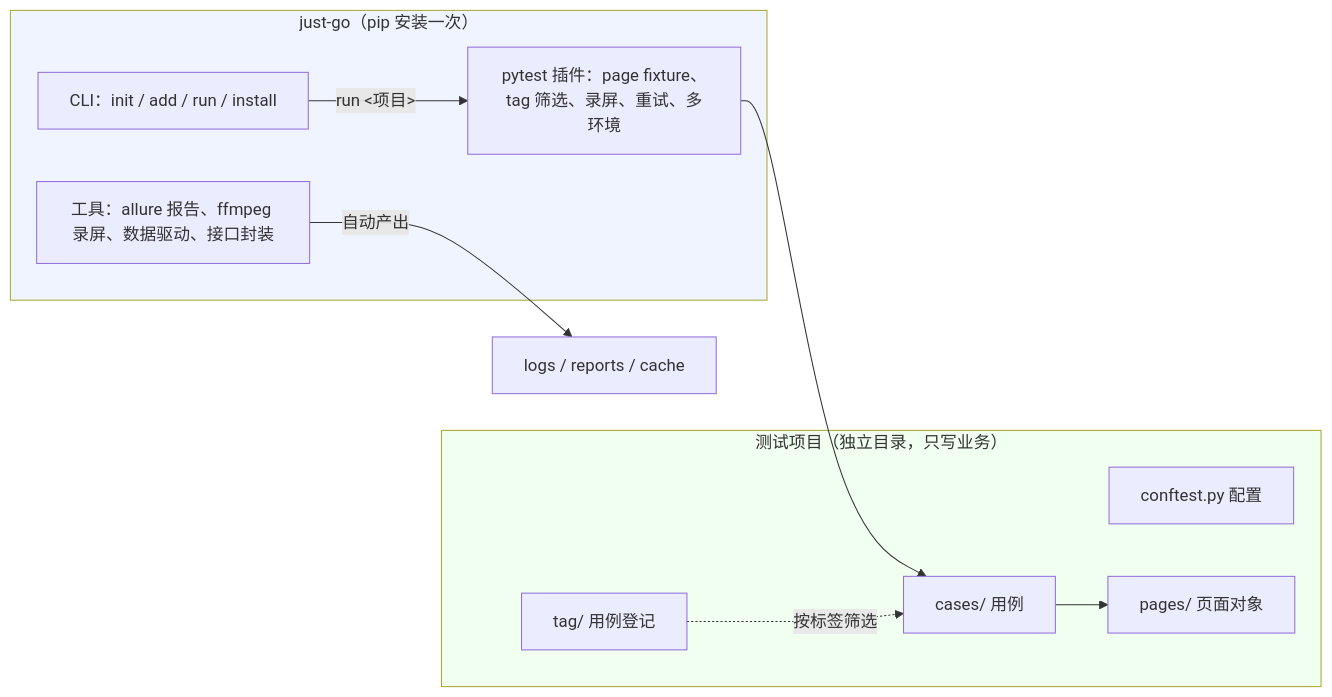
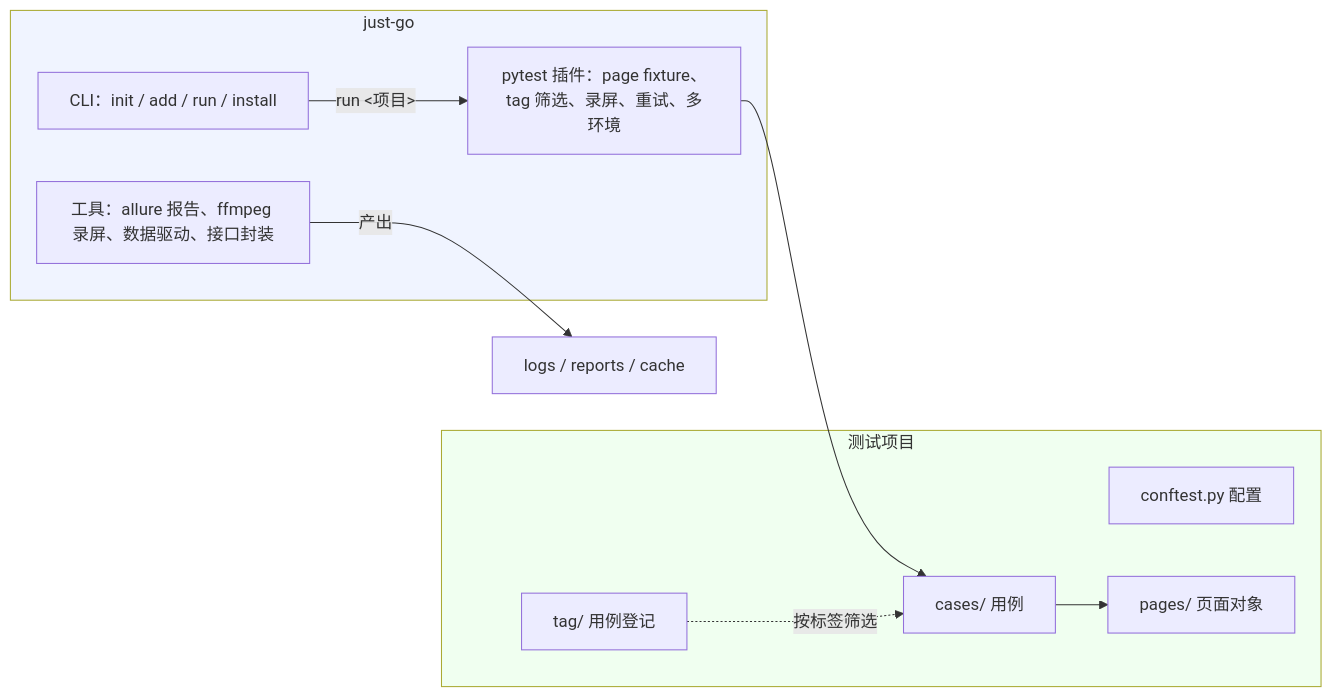
One commit to lu-xianseng/justgo changed the diagram in README.md. Above: the diagram before and after it, drawn with Mermaid. The commit also changed other lines of this file and 6 other files, not shown here.

````diff
--- a/README.md
+++ b/README.md
@@ -19,24 +19,24 @@
 ```mermaid
 flowchart LR
-    subgraph 框架层["just-go（pip 安装一次）"]
+    subgraph 框架层["just-go"]
         CLI["CLI：init / add / run / install"]
         PLUGIN["pytest 插件：page fixture、tag 筛选、录屏、重试、多环境"]
         TOOLS["工具：allure 报告、ffmpeg 录屏、数据驱动、接口封装"]
     end
 
-    subgraph 项目层["测试项目（独立目录，只写业务）"]
+    subgraph 项目层["测试项目"]
         CONF["conftest.py 配置"]
         CASES["cases/ 用例"]
         PAGES["pages/ 页面对象"]
         TAG["tag/ 用例登记"]
     end
 
     CLI --> |"run <项目>"| PLUGIN
     PLUGIN --> CASES
     CASES --> PAGES
-    TOOLS --> |"自动产出"| REPORTS["logs / reports / cache"]
+    TOOLS --> |"产出"| REPORTS["logs / reports / cache"]
     TAG -.-> |"按标签筛选"| CASES
 
     style 框架层 fill:#f0f4ff
     style 项目层 fill:#f0fff0
 ```
````
